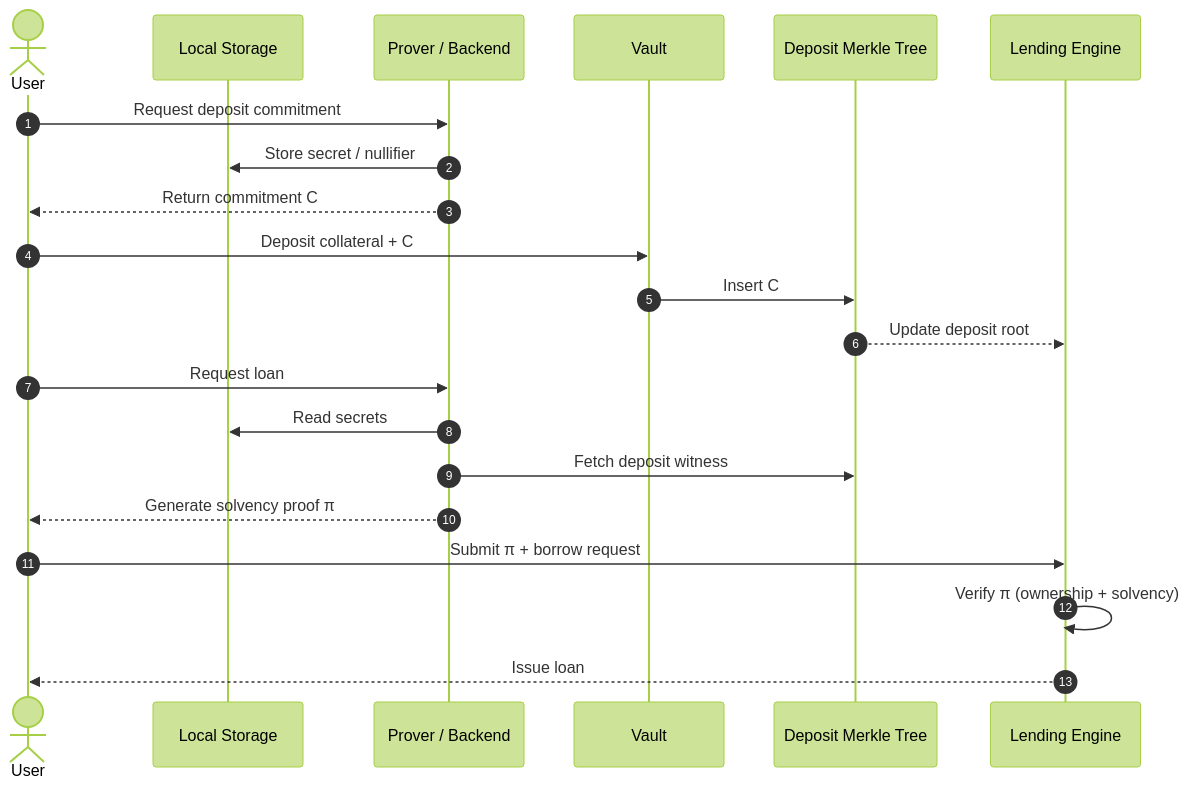
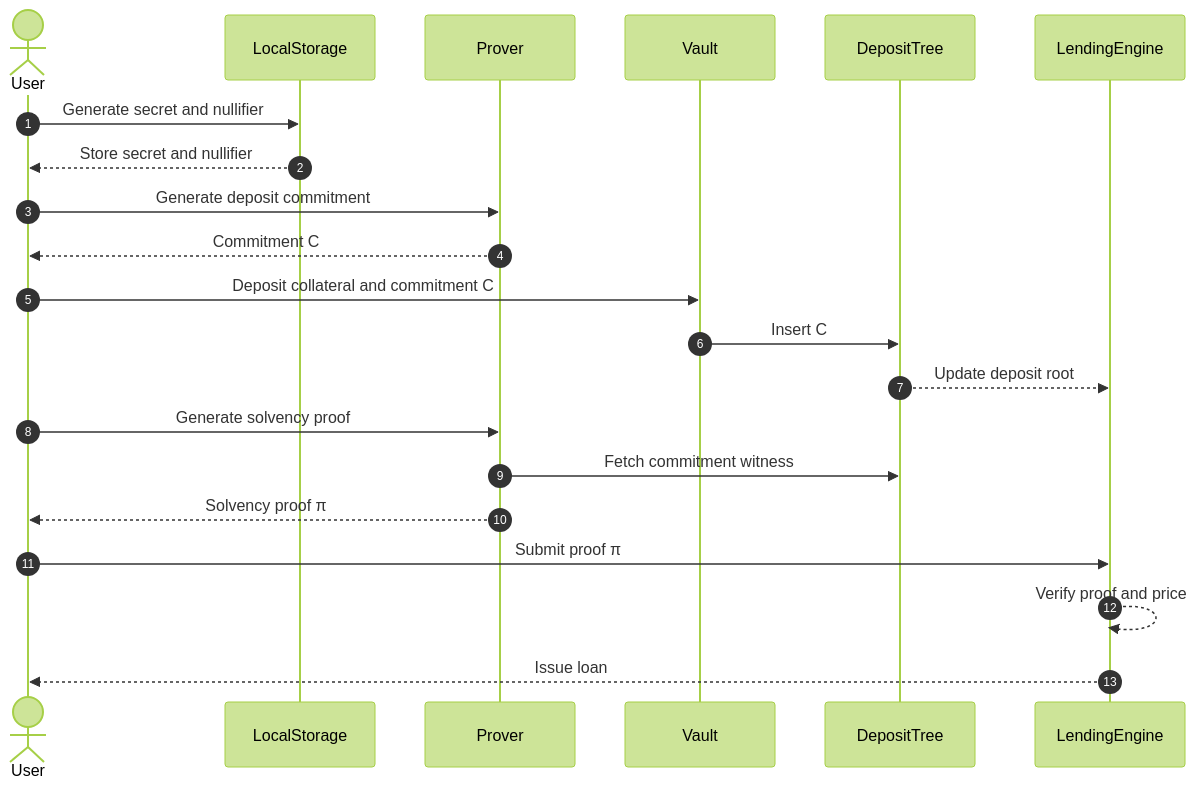
One commit to VeilCredit/VeilCredit changed the second of 3 diagrams in README.md. Above: the diagram before and after it, drawn with Mermaid (forest theme). The commit also changed other lines of this file, not shown here.

````diff
--- a/README.md
+++ b/README.md
@@ -93,27 +93,28 @@
 ```mermaid
 sequenceDiagram
     autonumber
-    actor U as User
-    participant LS as Local Storage
-    participant B as Prover / Backend
-    participant VT as Vault
-    participant MT as Deposit Merkle Tree
-    participant LE as Lending Engine
+    actor User
+    participant LocalStorage
+    participant Prover
+    participant Vault
+    participant DepositTree
+    participant LendingEngine
 
-    U->>B: Request deposit commitment
-    B->>LS: Store secret / nullifier
-    B-->>U: Return commitment C
+    User->>LocalStorage: Generate secret and nullifier
+    LocalStorage-->>User: Store secret and nullifier
 
-    U->>VT: Deposit collateral + C
-    VT->>MT: Insert C
-    MT-->>LE: Update deposit root
+    User->>Prover: Generate deposit commitment
+    Prover-->>User: Commitment C
 
-    U->>B: Request loan
-    B->>LS: Read secrets
-    B->>MT: Fetch deposit witness
-    B-->>U: Generate solvency proof π
+    User->>Vault: Deposit collateral and commitment C
+    Vault->>DepositTree: Insert C
+    DepositTree-->>LendingEngine: Update deposit root
 
-    U->>LE: Submit π + borrow request
-    LE->>LE: Verify π (ownership + solvency)
-    LE-->>U: Issue loan
+    User->>Prover: Generate solvency proof
+    Prover->>DepositTree: Fetch commitment witness
+    Prover-->>User: Solvency proof π
+
+    User->>LendingEngine: Submit proof π
+    LendingEngine-->>LendingEngine: Verify proof and price
+    LendingEngine-->>User: Issue loan
 ```
````
